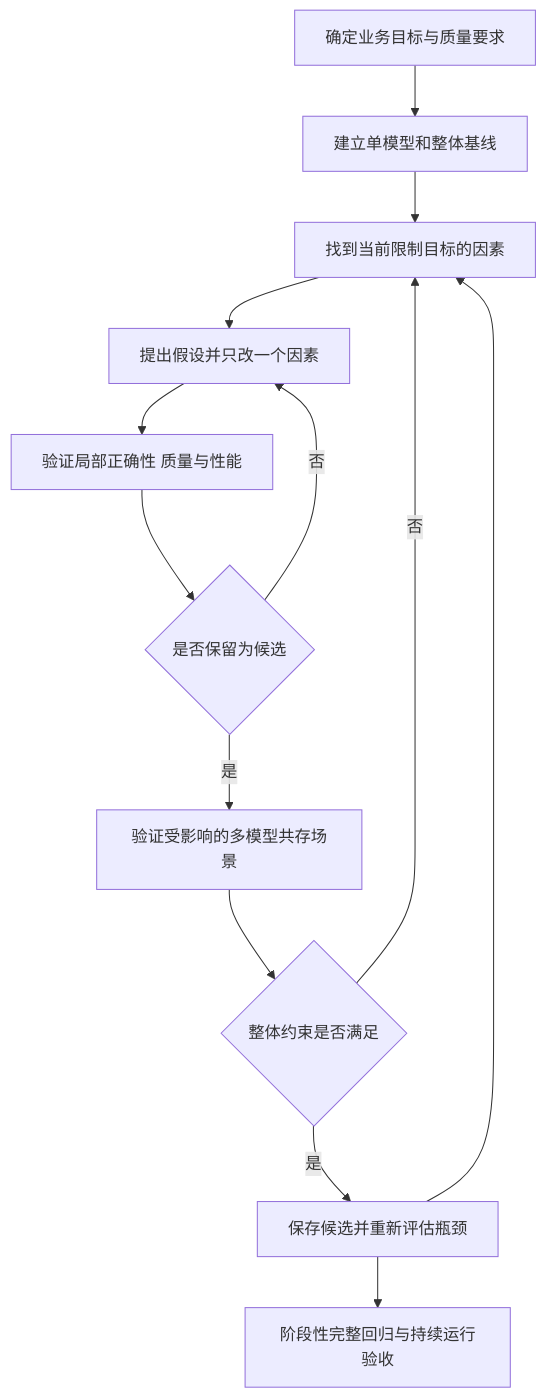
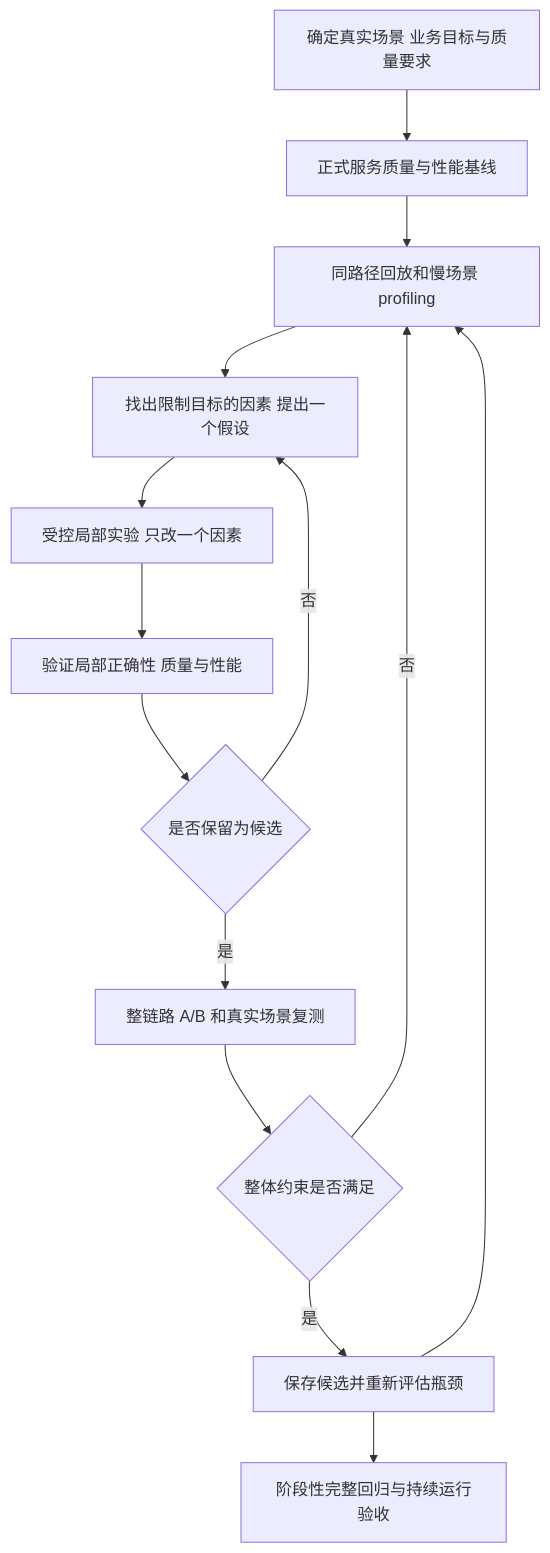
Before and after one commit to Qin-tuo/Multi_Model_Inference: the diagram in docs/inference-optimization-guide.md, drawn with Mermaid. The commit also changed other lines of this file and 115 other files, not shown here.

````diff
--- a/docs/inference-optimization-guide.md
+++ b/docs/inference-optimization-guide.md
@@ -181,15 +201,16 @@
 ```mermaid
 flowchart TD
-  A[确定业务目标与质量要求] --> B[建立单模型和整体基线]
-  B --> C[找到当前限制目标的因素]
-  C --> D[提出假设并只改一个因素]
-  D --> E[验证局部正确性 质量与性能]
+  A[确定真实场景 业务目标与质量要求] --> B[正式服务质量与性能基线]
+  B --> C[同路径回放和慢场景 profiling]
+  C --> D[找出限制目标的因素 提出一个假设]
+  D --> K[受控局部实验 只改一个因素]
+  K --> E[验证局部正确性 质量与性能]
   E --> F{是否保留为候选}
   F -->|否| D
-  F -->|是| G[验证受影响的多模型共存场景]
+  F -->|是| G[整链路 A/B 和真实场景复测]
   G --> H{整体约束是否满足}
   H -->|否| C
   H -->|是| I[保存候选并重新评估瓶颈]
   I --> C
   I --> J[阶段性完整回归与持续运行验收]
 ```
````
